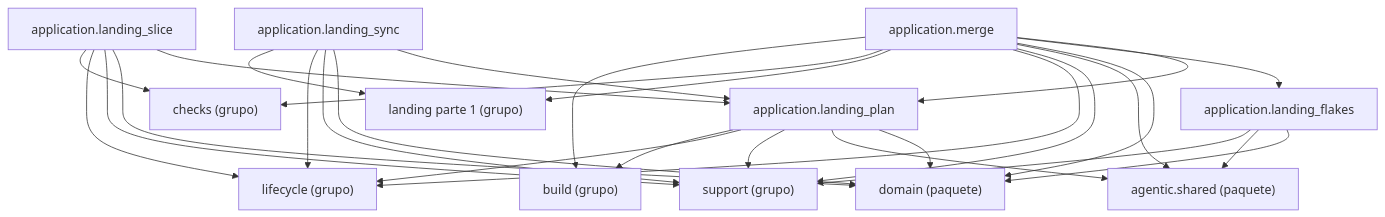
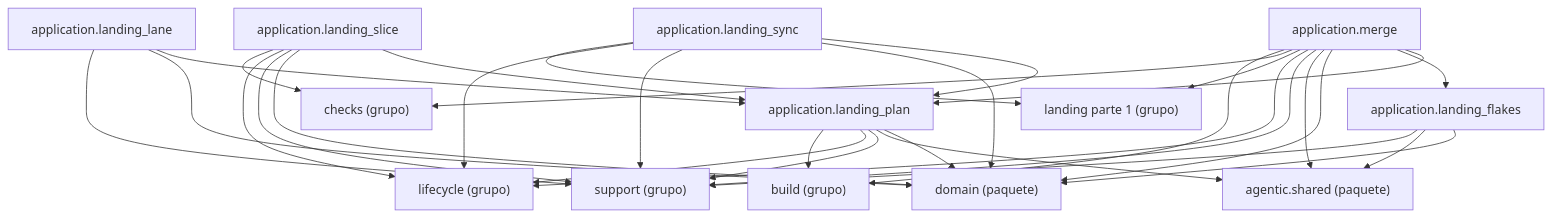
The diagram in docs/architecture/generated/packages-process-application-landing-2.md (GonzaloZevallos/agentic-system), drawn with Mermaid before and after one commit. The commit also changed 6 other files, not shown here.

First line of the commit message:
Add landing_lane.lane_facts: the fast lane's facts, read and never decided

````diff
--- a/docs/architecture/generated/packages-process-application-landing-2.md
+++ b/docs/architecture/generated/packages-process-application-landing-2.md
@@ -16,42 +16,46 @@
 ```mermaid
 graph TD
     g_application__build["build (grupo)"]
     g_application__checks["checks (grupo)"]
     g_application__landing__1["landing parte 1 (grupo)"]
     g_application__lifecycle["lifecycle (grupo)"]
     g_application__support["support (grupo)"]
     g_pkg__agentic__shared["agentic.shared (paquete)"]
     g_pkg__domain["domain (paquete)"]
     m_application__landing_flakes["application.landing_flakes"]
+    m_application__landing_lane["application.landing_lane"]
     m_application__landing_plan["application.landing_plan"]
     m_application__landing_slice["application.landing_slice"]
     m_application__landing_sync["application.landing_sync"]
     m_application__merge["application.merge"]
     m_application__landing_flakes --> g_application__support
     m_application__landing_flakes --> g_pkg__agentic__shared
     m_application__landing_flakes --> g_pkg__domain
+    m_application__landing_lane --> g_application__support
+    m_application__landing_lane --> g_pkg__domain
+    m_application__landing_lane --> m_application__landing_plan
     m_application__landing_plan --> g_application__build
     m_application__landing_plan --> g_application__lifecycle
     m_application__landing_plan --> g_application__support
     m_application__landing_plan --> g_pkg__agentic__shared
     m_application__landing_plan --> g_pkg__domain
     m_application__landing_slice --> g_application__checks
     m_application__landing_slice --> g_application__lifecycle
     m_application__landing_slice --> g_application__support
     m_application__landing_slice --> g_pkg__domain
     m_application__landing_slice --> m_application__landing_plan
     m_application__landing_sync --> g_application__landing__1
     m_application__landing_sync --> g_application__lifecycle
     m_application__landing_sync --> g_application__support
     m_application__landing_sync --> g_pkg__domain
     m_application__landing_sync --> m_application__landing_plan
     m_application__merge --> g_application__build
     m_application__merge --> g_application__checks
     m_application__merge --> g_application__landing__1
     m_application__merge --> g_application__lifecycle
     m_application__merge --> g_application__support
     m_application__merge --> g_pkg__agentic__shared
     m_application__merge --> g_pkg__domain
     m_application__merge --> m_application__landing_flakes
     m_application__merge --> m_application__landing_plan
 ```
````
